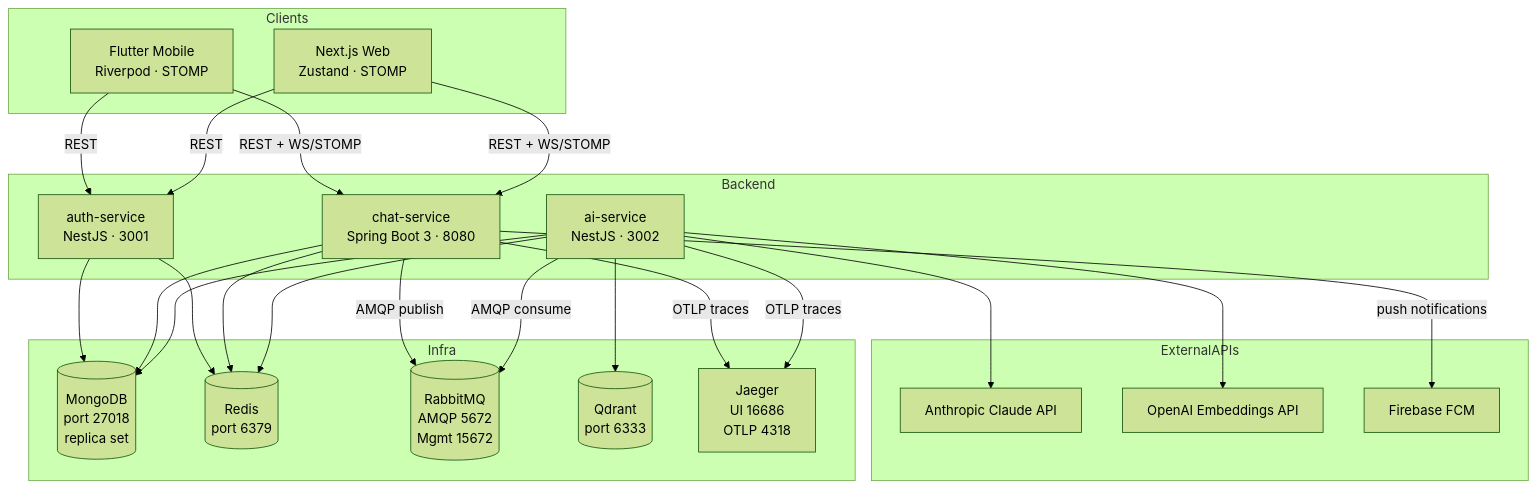
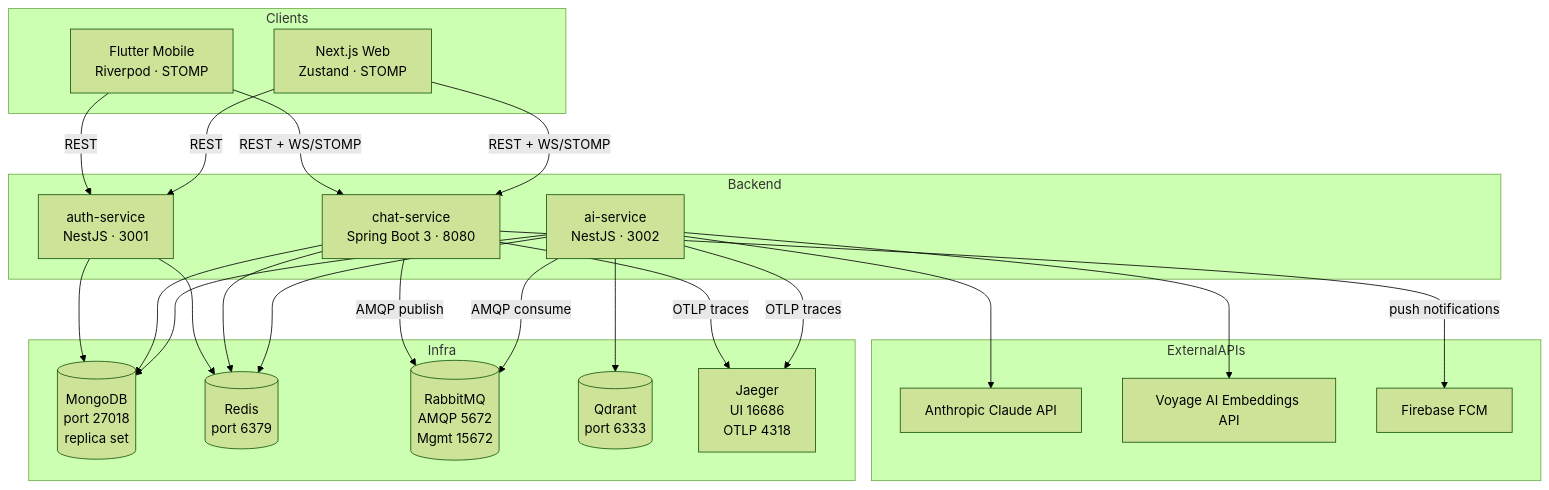
One commit to MITOM06/platform changed the first of 7 diagrams in docs/architecture.md. Above: the diagram before and after it, drawn with Mermaid (forest theme). The commit also changed other lines of this file and 11 other files, not shown here.

First line of the commit message:
docs(ai): drop OpenAI — embeddings are Voyage AI (Anthropic's partner)

````diff
--- a/docs/architecture.md
+++ b/docs/architecture.md
@@ -11,50 +11,50 @@
 ```mermaid
 flowchart TD
     subgraph Clients
         FL[Flutter Mobile<br/>Riverpod · STOMP]
         WEB[Next.js Web<br/>Zustand · STOMP]
     end
 
     subgraph Backend
         AUTH[auth-service<br/>NestJS · 3001]
         CHAT[chat-service<br/>Spring Boot 3 · 8080]
         AI[ai-service<br/>NestJS · 3002]
     end
 
     subgraph Infra
         MONGO[(MongoDB<br/>port 27018<br/>replica set)]
         REDIS[(Redis<br/>port 6379)]
         MQ[(RabbitMQ<br/>AMQP 5672<br/>Mgmt 15672)]
         QD[(Qdrant<br/>port 6333)]
         JAEGER[Jaeger<br/>UI 16686<br/>OTLP 4318]
     end
 
     subgraph ExternalAPIs
         ANTHROPIC[Anthropic Claude API]
-        OPENAI[OpenAI Embeddings API]
+        VOYAGE[Voyage AI Embeddings API]
         FCM[Firebase FCM]
     end
 
     FL -->|REST + WS/STOMP| CHAT
     WEB -->|REST + WS/STOMP| CHAT
     FL -->|REST| AUTH
     WEB -->|REST| AUTH
 
     AUTH --> MONGO
     AUTH --> REDIS
 
     CHAT --> MONGO
     CHAT --> REDIS
     CHAT -->|AMQP publish| MQ
     CHAT -->|push notifications| FCM
 
     AI -->|AMQP consume| MQ
     AI --> MONGO
     AI --> REDIS
     AI --> QD
     AI --> ANTHROPIC
-    AI --> OPENAI
+    AI --> VOYAGE
 
     CHAT -->|OTLP traces| JAEGER
     AI -->|OTLP traces| JAEGER
 ```
````
